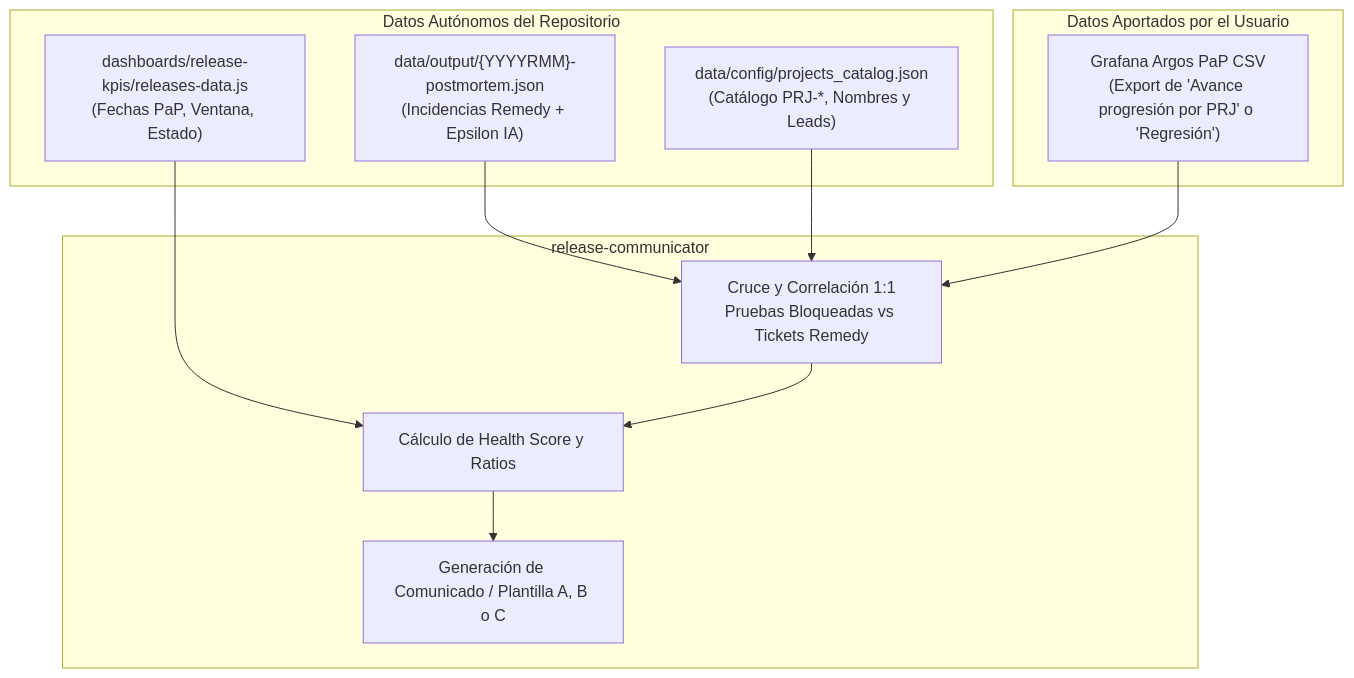
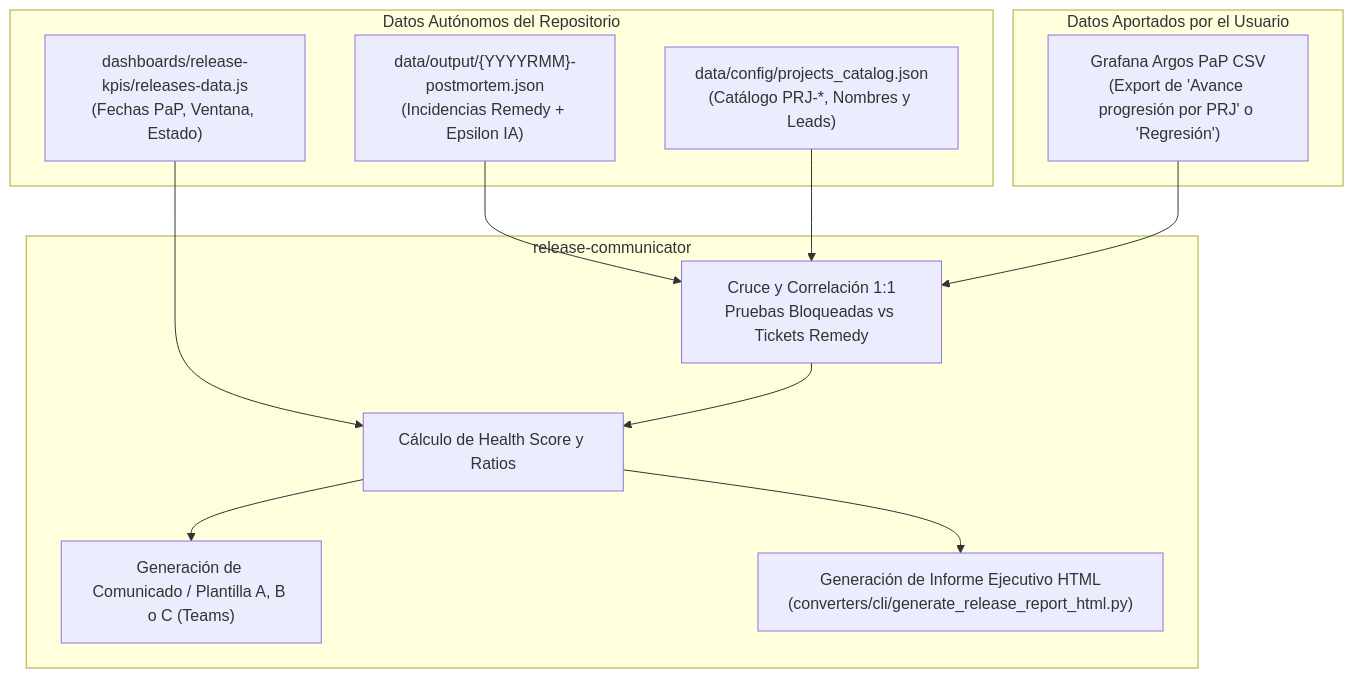
The diagram in agents/it-releases/release-communicator.md (jfdelafuente/release-dashboard-application), drawn with Mermaid before and after one commit. The commit also changed other lines of this file and 8 other files, not shown here.

Commit message:
feat(release-communicator): add 360 html report generator and link button in release desk

````diff
--- a/agents/it-releases/release-communicator.md
+++ b/agents/it-releases/release-communicator.md
@@ -47,25 +52,27 @@
 ```mermaid
 flowchart TD
     subgraph Repositorio [Datos Autónomos del Repositorio]
         A["data/output/{YYYYRMM}-postmortem.json<br/>(Incidencias Remedy + Epsilon IA)"]
         B["data/config/projects_catalog.json<br/>(Catálogo PRJ-*, Nombres y Leads)"]
         C["dashboards/release-kpis/releases-data.js<br/>(Fechas PaP, Ventana, Estado)"]
     end
 
     subgraph Usuario [Datos Aportados por el Usuario]
         D["Grafana Argos PaP CSV<br/>(Export de 'Avance progresión por PRJ' o 'Regresión')"]
     end
 
     subgraph Agente [release-communicator]
         E["Cruce y Correlación 1:1<br/>Pruebas Bloqueadas vs Tickets Remedy"]
         F["Cálculo de Health Score y Ratios"]
-        G["Generación de Comunicado / Plantilla A, B o C"]
+        G["Generación de Comunicado / Plantilla A, B o C (Teams)"]
+        H["Generación de Informe Ejecutivo HTML<br/>(converters/cli/generate_release_report_html.py)"]
     end
 
     A --> E
     B --> E
     C --> F
     D --> E
     E --> F
     F --> G
+    F --> H
 ```
````
